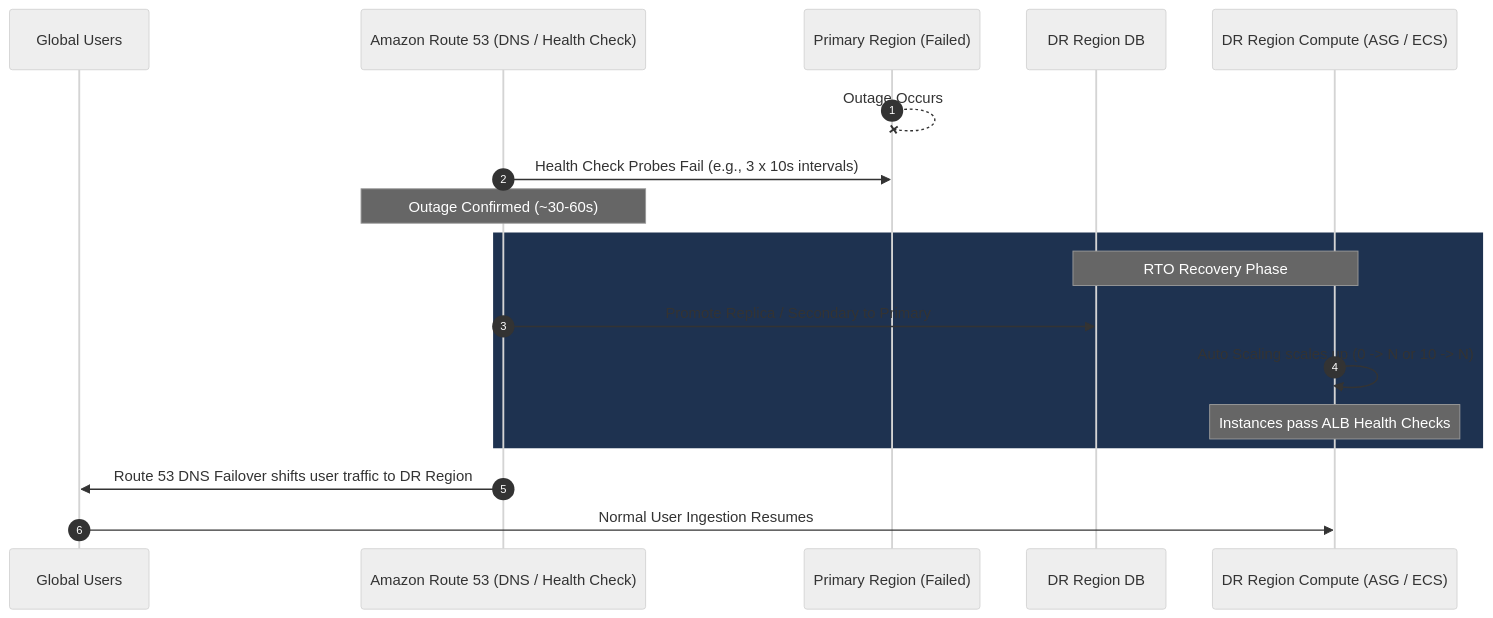
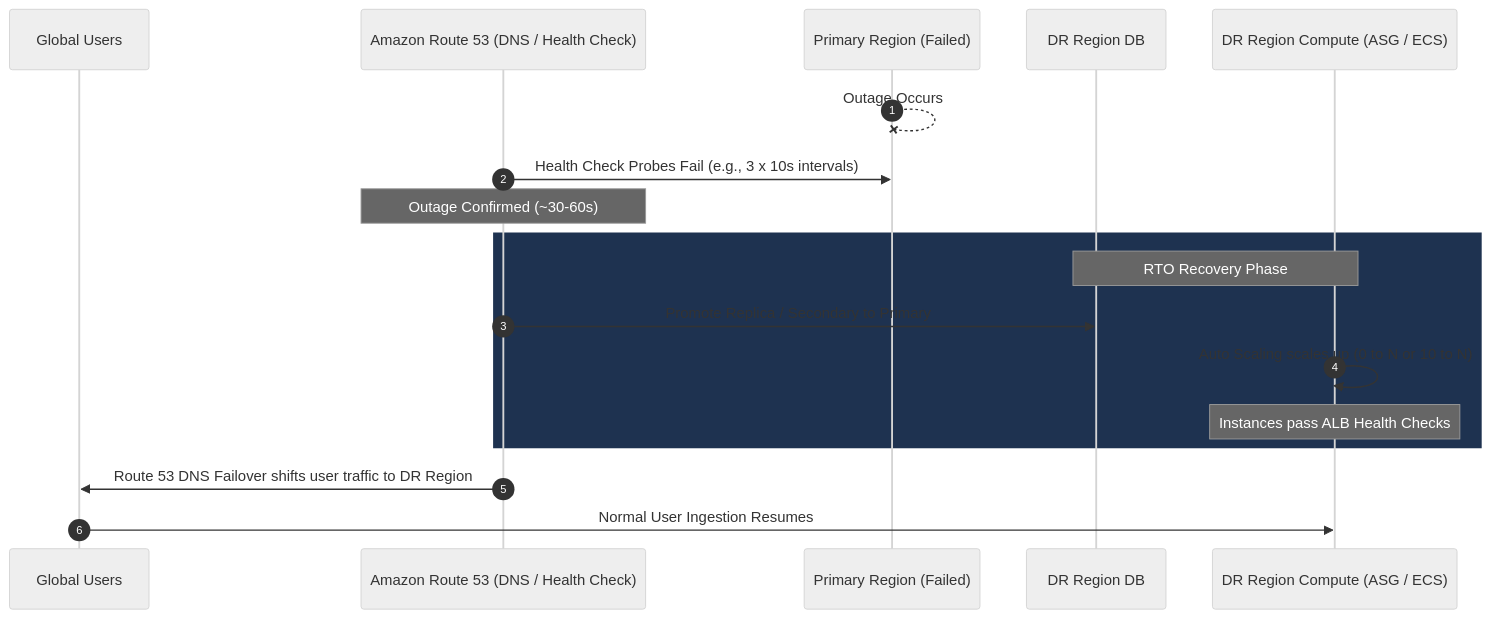
Before and after one commit to ReginRavi/AIP-C01: the sixth of 7 diagrams in Professional/1.3 Recovery time objectives (RTOs) and recovery point objectives (RPOs).md, drawn with Mermaid (neutral theme). The commit also changed other lines of this file and 1 other file, not shown here.

Commit message:
Fix Mermaid diagram syntax in 1.3 and 1.4 study notes

````diff
--- a/Professional/1.3 Recovery time objectives (RTOs) and recovery point objectives (RPOs).md
+++ b/Professional/1.3 Recovery time objectives (RTOs) and recovery point objectives (RPOs).md
@@ -162,23 +163,23 @@
 ```mermaid
 sequenceDiagram
     autonumber
     participant User as Global Users
     participant R53 as Amazon Route 53 (DNS / Health Check)
     participant Primary as Primary Region (Failed)
     participant DR_DB as DR Region DB
     participant DR_Compute as DR Region Compute (ASG / ECS)
 
-    Primary--xPrimary: Outage Occurs
-    R53->>Primary: Health Check Probes Fail (e.g., 3 x 10s intervals)
+    Primary --x Primary: Outage Occurs
+    R53 ->> Primary: Health Check Probes Fail (e.g., 3 x 10s intervals)
     Note over R53: Outage Confirmed (~30-60s)
     
     rect rgb(30, 50, 80)
         Note over DR_DB,DR_Compute: RTO Recovery Phase
-        R53->>DR_DB: Promote Replica / Secondary to Primary
-        DR_Compute->>DR_Compute: Auto Scaling scales up (0 -> N or 10 -> N)
+        R53 ->> DR_DB: Promote Replica / Secondary to Primary
+        DR_Compute ->> DR_Compute: Auto Scaling scales up (0 to N or 10 to N)
         Note over DR_Compute: Instances pass ALB Health Checks
     end
     
-    R53->>User: Route 53 DNS Failover shifts user traffic to DR Region
-    User->>DR_Compute: Normal User Ingestion Resumes
+    R53 ->> User: Route 53 DNS Failover shifts user traffic to DR Region
+    User ->> DR_Compute: Normal User Ingestion Resumes
 ```
````
